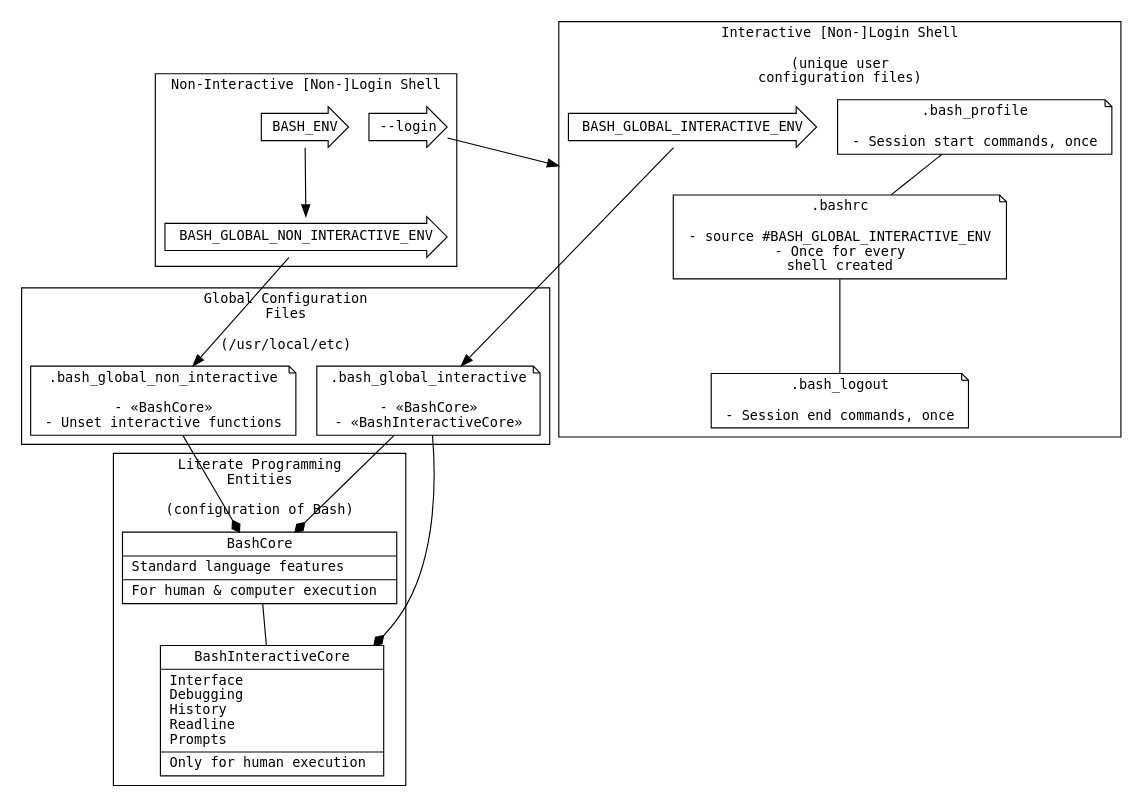
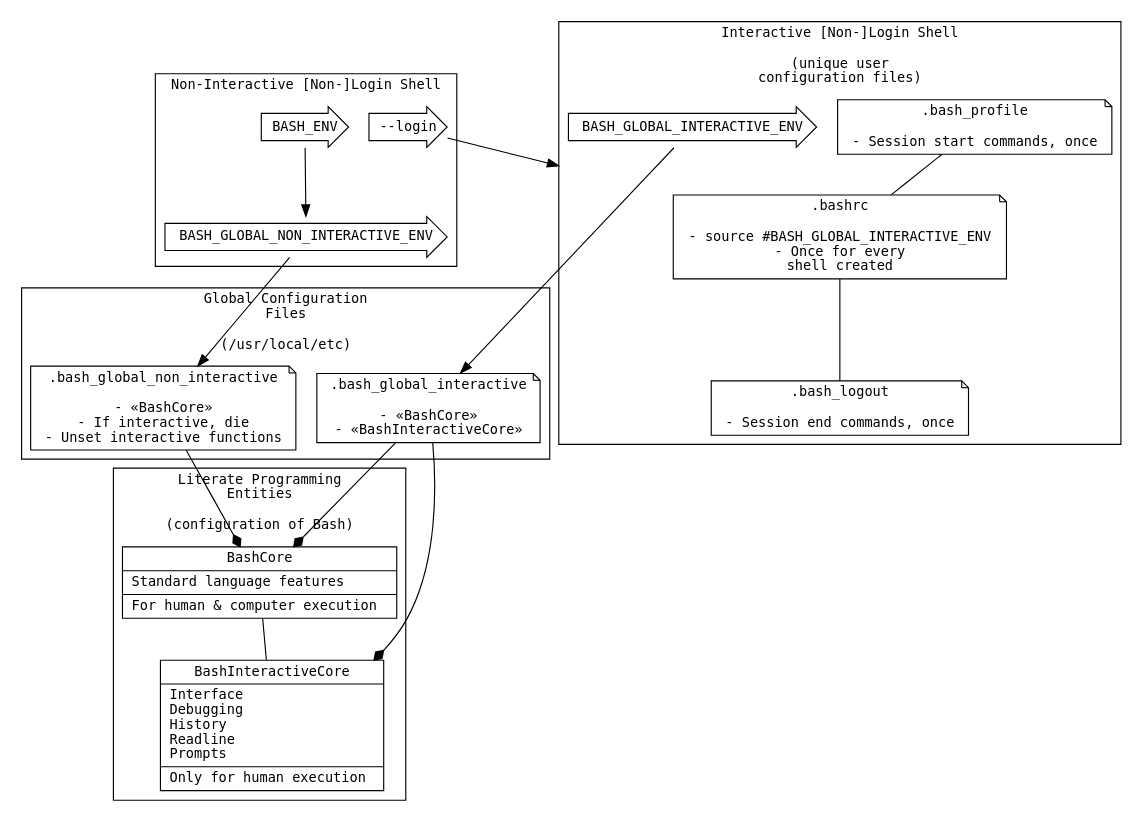
One commit to grettke/bash changed the diagram in bash.org. Above: the diagram before and after it, drawn with Graphviz.

Commit message:
Right approach

```diff
--- a/bash.org
+++ b/bash.org
@@ -2430,40 +2430,40 @@
 #+BEGIN_SRC dot :file "./image/version04.png" :wrap "RESULTS"
 digraph version5 {
   fontname = "DejaVu Sans Mono";
   fontsize = 12;
   node [shape = "record" fontname = "DejaVu Sans Mono" fontsize = 12];
   compound = true;
   subgraph cluster_A {
     label = "Literate Programming\nEntities\n\n(configuration of Bash)";
     BashCore[label = "{BashCore|Standard language features\l|For human & computer execution\l}"];
     BashInteractiveCore[label = "{BashInteractiveCore|Interface\lDebugging\lHistory\lReadline\lPrompts\l|Only for human execution\l}"];
   }
   subgraph cluster_B {
     label = "Global Configuration\nFiles\n\n(/usr/local/etc)";
-    BashGlobalNonInteractiveFile[shape = "note" label = ".bash_global_non_interactive\n\n- «BashCore»\n- Unset interactive functions"];
+    BashGlobalNonInteractiveFile[shape = "note" label = ".bash_global_non_interactive\n\n- «BashCore»\n- If interactive, die\n- Unset interactive functions"];
     BashGlobalInteractiveFile[shape = "note" label = ".bash_global_interactive\n\n- «BashCore»\n- «BashInteractiveCore»"];
   }
   subgraph cluster_C {
     label = "Interactive [Non-]Login Shell\n\n(unique user\nconfiguration files)";
     BashProfile[shape = "note" label = ".bash_profile\n\n- Session start commands, once"];
     BashRc[shape = "note" label = ".bashrc\n\n- source #BASH_GLOBAL_INTERACTIVE_ENV\n- Once for every\nshell created"];
     BashLogout[shape = "note" label = ".bash_logout\n\n- Session end commands, once"];
     BashGlobalInteractiveProp [shape = "rarrow" label = "BASH_GLOBAL_INTERACTIVE_ENV"];
   }
   subgraph cluster_D {
     label = "Non-Interactive [Non-]Login Shell";
     BashEnv [shape = "rarrow" label = "BASH_ENV"];
     BashGlobalNonInteractiveProp [shape = "rarrow" label = "BASH_GLOBAL_NON_INTERACTIVE_ENV"];
     BashNonInteractiveLoginInit [shape = "rarrow" label="--login"];
   }
   BashCore -> BashInteractiveCore [arrowhead=none];
   BashProfile -> BashRc [arrowhead=none];
   BashRc -> BashLogout [arrowhead=none];
   BashEnv -> BashGlobalNonInteractiveProp -> BashGlobalNonInteractiveFile;
   BashGlobalInteractiveProp -> BashGlobalInteractiveFile;
   BashNonInteractiveLoginInit -> BashRc [lhead=cluster_C];
   BashGlobalInteractiveFile -> BashCore [arrowhead=diamond];
   BashGlobalInteractiveFile -> BashInteractiveCore [arrowhead=diamond];
   BashGlobalNonInteractiveFile -> BashCore [arrowhead=diamond];
 }
 #+END_SRC
```
